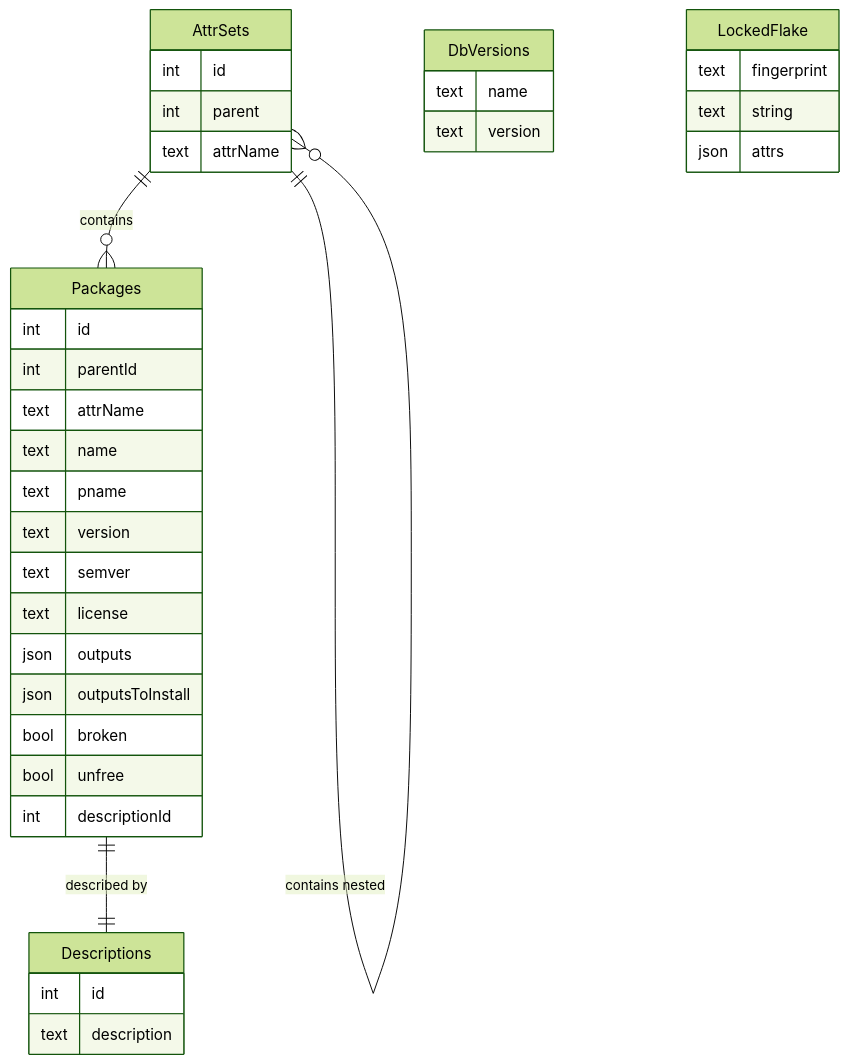
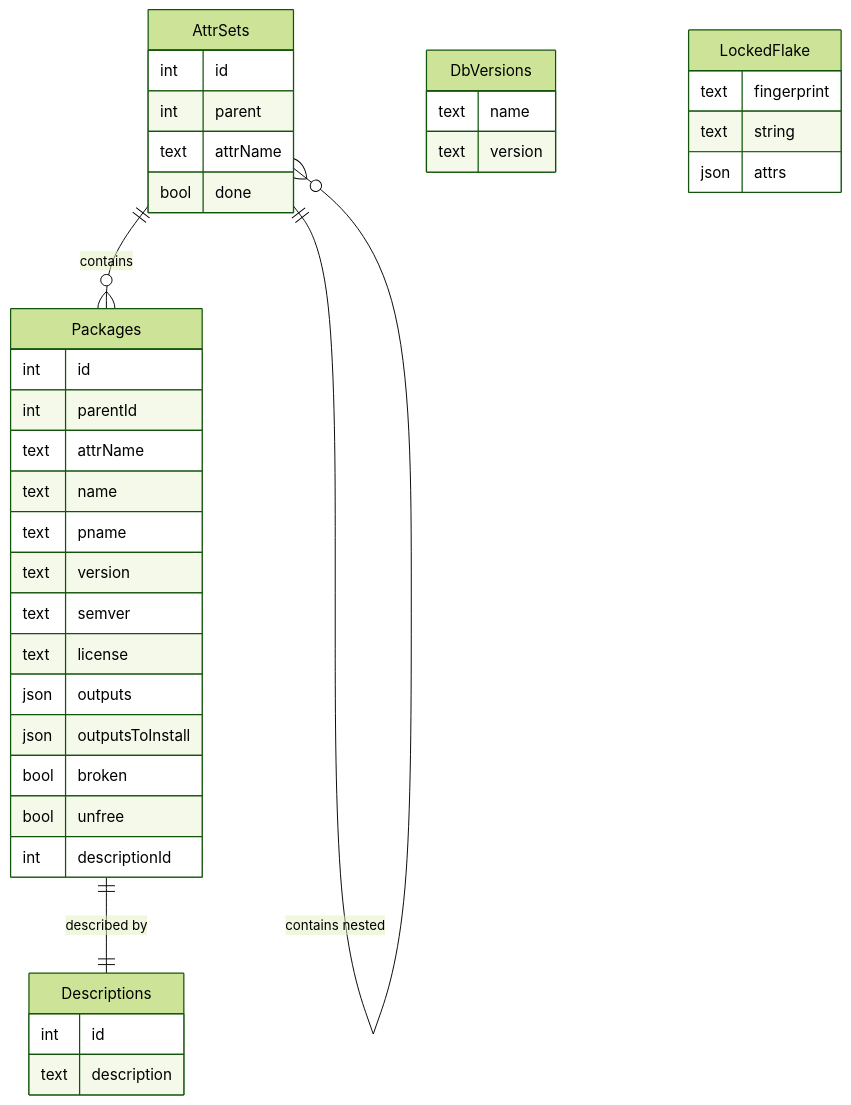
The diagram in README.md (flox/pkgdb), drawn with Mermaid (forest theme) before and after one commit.

Commit message:
update readme schema

````diff
--- a/README.md
+++ b/README.md
@@ -115,39 +115,40 @@
 ```mermaid
 erDiagram
   AttrSets ||--o{ Packages : "contains"
   AttrSets ||--o{ AttrSets : "contains nested"
   Packages ||--|| Descriptions : "described by"
   Packages {
     int id
     int parentId
     text attrName
     text name
     text pname
     text version
     text semver
     text license
     json outputs
     json outputsToInstall
     bool broken
     bool unfree
     int descriptionId
   }
   AttrSets {
     int id
     int parent
     text attrName
+    bool done
   }
   DbVersions {
     text name
     text version
   }
   Descriptions {
     int id
     text description
   }
   LockedFlake {
     text fingerprint
     text string
     json attrs
   }
 ```
````
